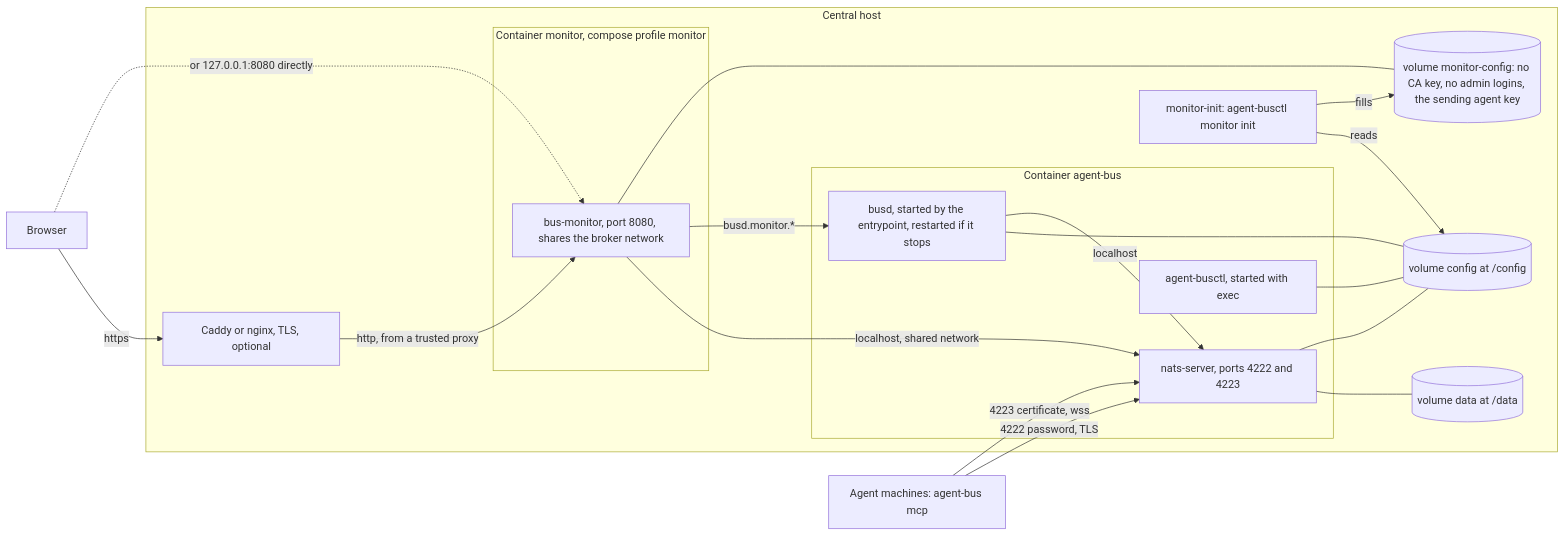
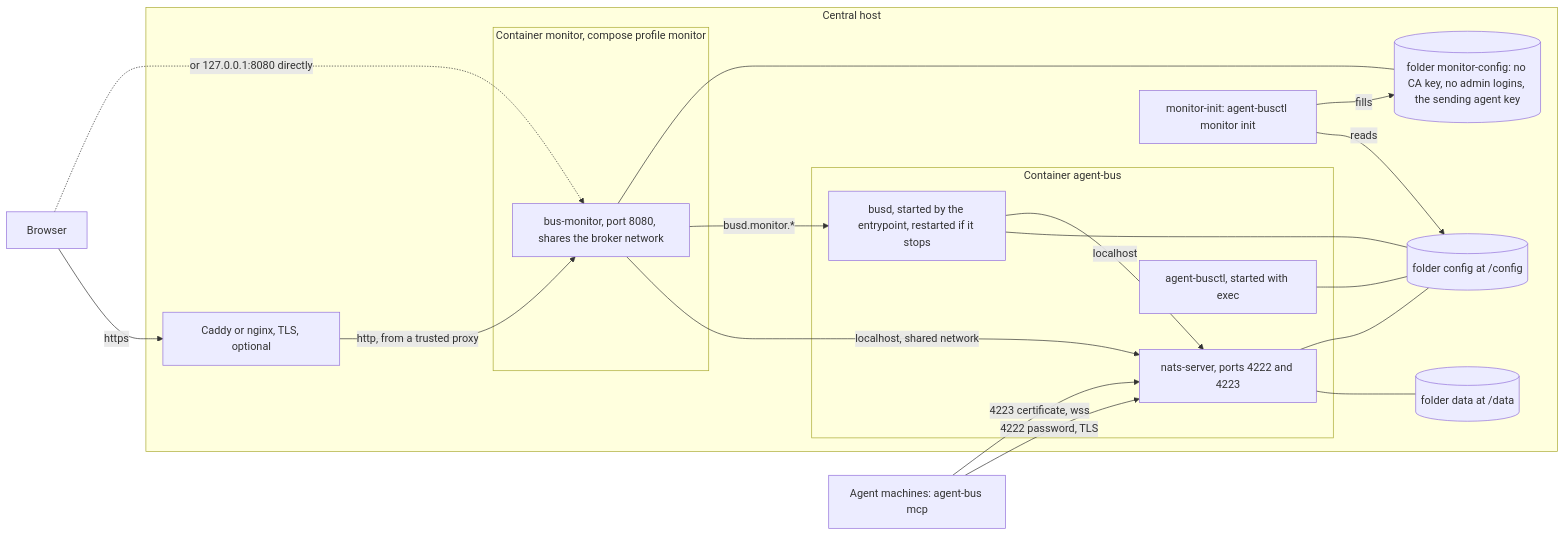
Before and after one commit to gentoomaniac/agent-bus: the first of 2 diagrams in docs/design/operations.md, drawn with Mermaid. The commit also changed other lines of this file and 6 other files, not shown here.

````diff
--- a/docs/design/operations.md
+++ b/docs/design/operations.md
@@ -23,35 +23,35 @@
 ```mermaid
 flowchart LR
   subgraph host["Central host"]
     subgraph broker["Container agent-bus"]
       nats["nats-server, ports 4222 and 4223"]
       busd["busd, started by the entrypoint, restarted if it stops"]
       busctl["agent-busctl, started with exec"]
     end
     subgraph monitorc["Container monitor, compose profile monitor"]
       monitor["bus-monitor, port 8080, shares the broker network"]
     end
     initc["monitor-init: agent-busctl monitor init"]
     proxy["Caddy or nginx, TLS, optional"]
-    config[("volume config at /config")]
-    monitorconfig[("volume monitor-config: no CA key, no admin logins, the sending agent key")]
-    data[("volume data at /data")]
+    config[("folder config at /config")]
+    monitorconfig[("folder monitor-config: no CA key, no admin logins, the sending agent key")]
+    data[("folder data at /data")]
   end
   agents["Agent machines: agent-bus mcp"]
   browser["Browser"]
   agents -->|"4222 password, TLS"| nats
   agents -->|"4223 certificate, wss"| nats
   browser -->|"https"| proxy
   proxy -->|"http, from a trusted proxy"| monitor
   browser -.->|"or 127.0.0.1:8080 directly"| monitor
   monitor -->|"localhost, shared network"| nats
   nats --- data
   nats --- config
   busd --- config
   busd -->|"localhost"| nats
   monitor -->|"busd.monitor.*"| busd
   initc -->|"reads"| config
   initc -->|"fills"| monitorconfig
   monitor --- monitorconfig
   busctl --- config
 ```
````
